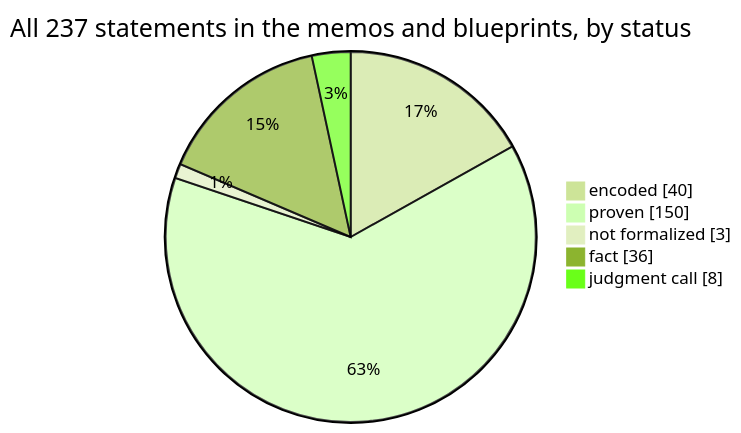
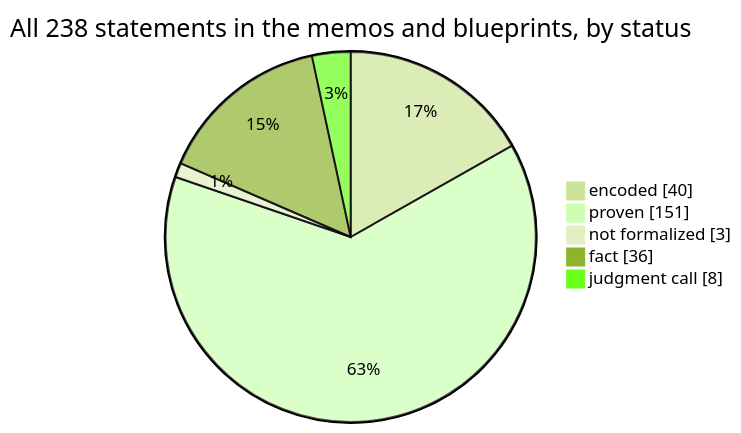
One commit to SeanWMurray/Canteen changed the first of 4 diagrams in docs/graphs/dashboard.md. Above: the diagram before and after it, drawn with Mermaid (forest theme). The commit also changed other lines of this file and 14 other files, not shown here.

````diff
--- a/docs/graphs/dashboard.md
+++ b/docs/graphs/dashboard.md
@@ -11,8 +11,8 @@
 ```mermaid
-pie showData title All 237 statements in the memos and blueprints, by status
+pie showData title All 238 statements in the memos and blueprints, by status
     "encoded" : 40
-    "proven" : 150
+    "proven" : 151
     "not formalized" : 3
     "fact" : 36
     "judgment call" : 8
 ```
````
